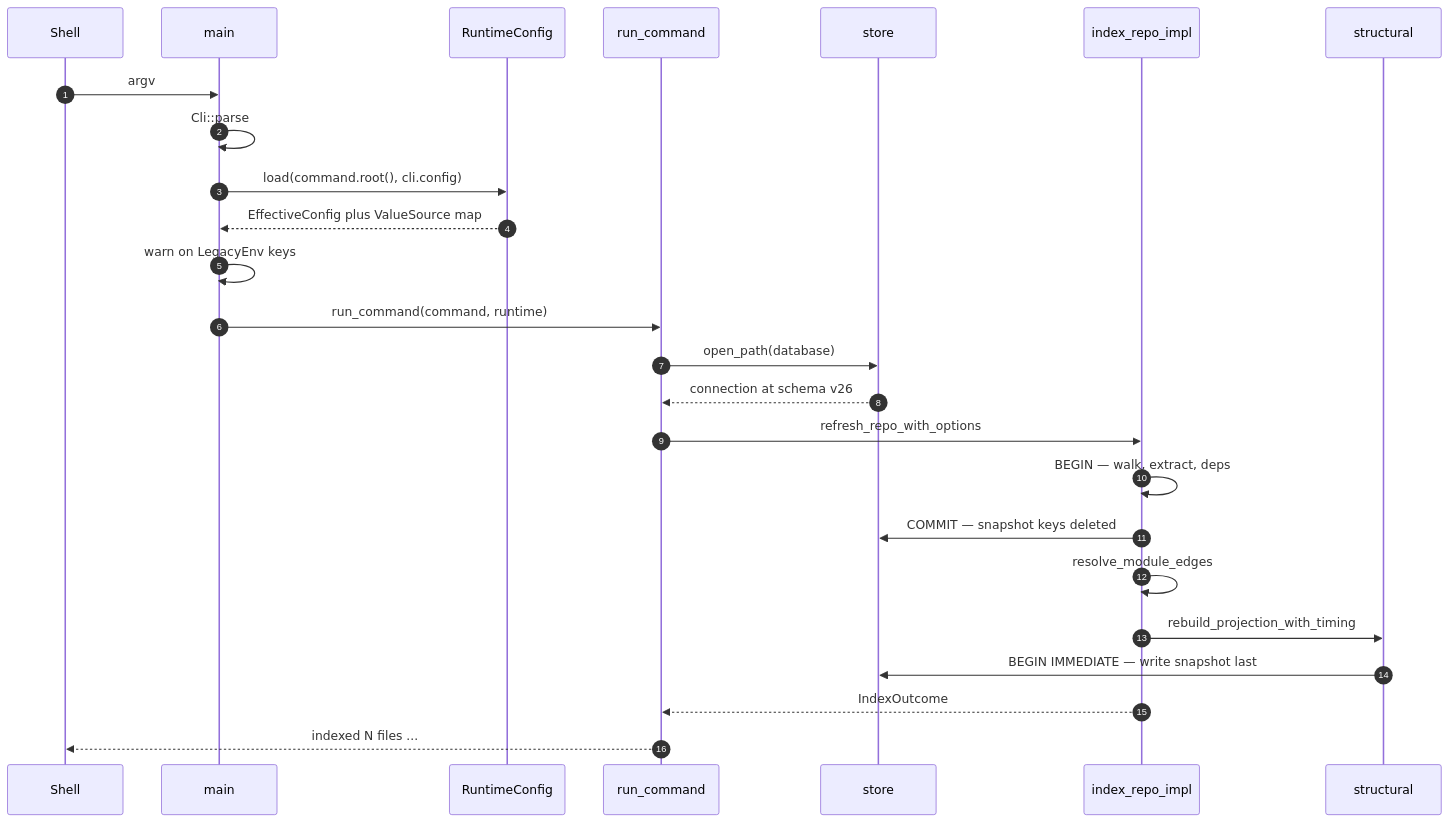
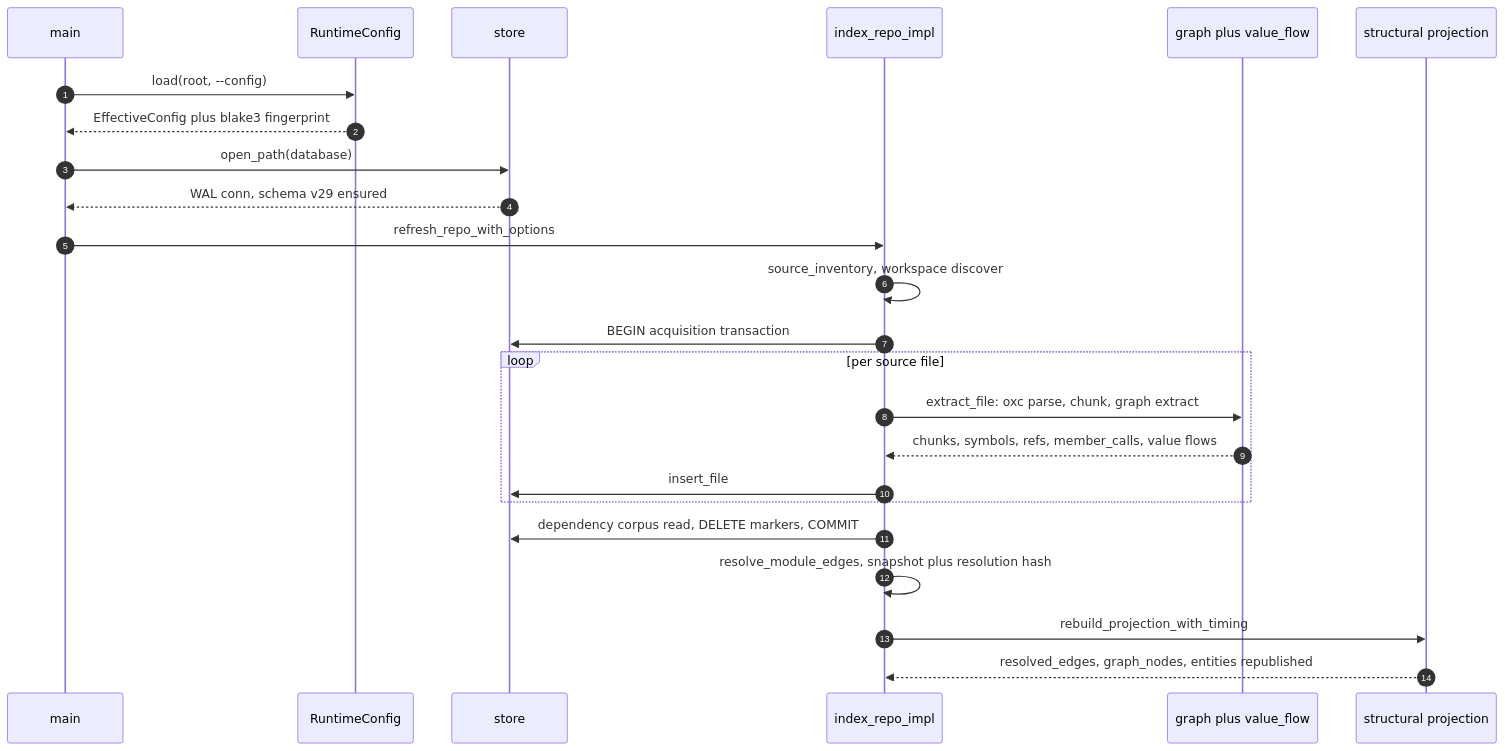
One commit to iantocristian/jscout changed the first of 3 diagrams in docs/codebase-analysis/17-end-to-end-traces.md. Above: the diagram before and after it, drawn with Mermaid. The commit also changed other lines of this file and 33 other files, not shown here.

````diff
--- a/docs/codebase-analysis/17-end-to-end-traces.md
+++ b/docs/codebase-analysis/17-end-to-end-traces.md
@@ -9,27 +11,26 @@
 ```mermaid
 sequenceDiagram
     autonumber
-    participant Shell
-    participant Main as main
-    participant Cfg as RuntimeConfig
-    participant Disp as run_command
-    participant Store as store
-    participant Idx as index_repo_impl
-    participant Proj as structural
-    Shell->>Main: argv
-    Main->>Main: Cli::parse
-    Main->>Cfg: load(command.root(), cli.config)
-    Cfg-->>Main: EffectiveConfig plus ValueSource map
-    Main->>Main: warn on LegacyEnv keys
-    Main->>Disp: run_command(command, runtime)
-    Disp->>Store: open_path(database)
-    Store-->>Disp: connection at schema v26
-    Disp->>Idx: refresh_repo_with_options
-    Idx->>Idx: BEGIN — walk, extract, deps
-    Idx->>Store: COMMIT — snapshot keys deleted
-    Idx->>Idx: resolve_module_edges
-    Idx->>Proj: rebuild_projection_with_timing
-    Proj->>Store: BEGIN IMMEDIATE — write snapshot last
-    Idx-->>Disp: IndexOutcome
-    Disp-->>Shell: indexed N files ...
+    participant M as main
+    participant C as RuntimeConfig
+    participant S as store
+    participant I as index_repo_impl
+    participant G as graph plus value_flow
+    participant P as structural projection
+    M->>C: load(root, --config)
+    C-->>M: EffectiveConfig plus blake3 fingerprint
+    M->>S: open_path(database)
+    S-->>M: WAL conn, schema v29 ensured
+    M->>I: refresh_repo_with_options
+    I->>I: source_inventory, workspace discover
+    I->>S: BEGIN acquisition transaction
+    loop per source file
+        I->>G: extract_file: oxc parse, chunk, graph extract
+        G-->>I: chunks, symbols, refs, member_calls, value flows
+        I->>S: insert_file
+    end
+    I->>S: dependency corpus read, DELETE markers, COMMIT
+    I->>I: resolve_module_edges, snapshot plus resolution hash
+    I->>P: rebuild_projection_with_timing
+    P-->>I: resolved_edges, graph_nodes, entities republished
 ```
````
